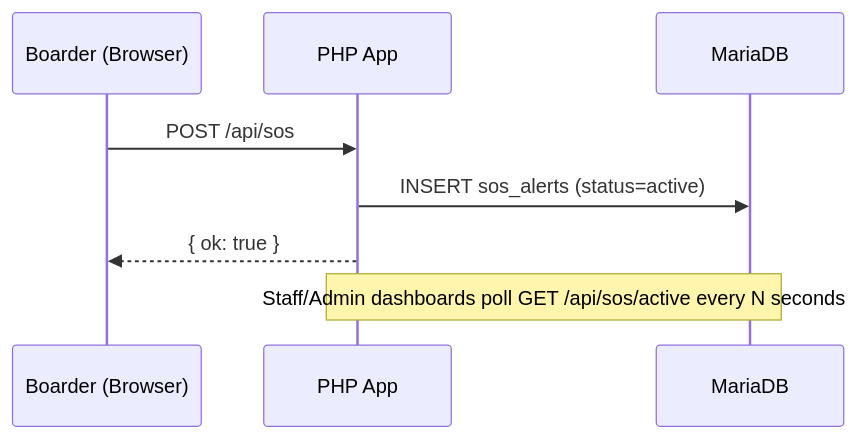
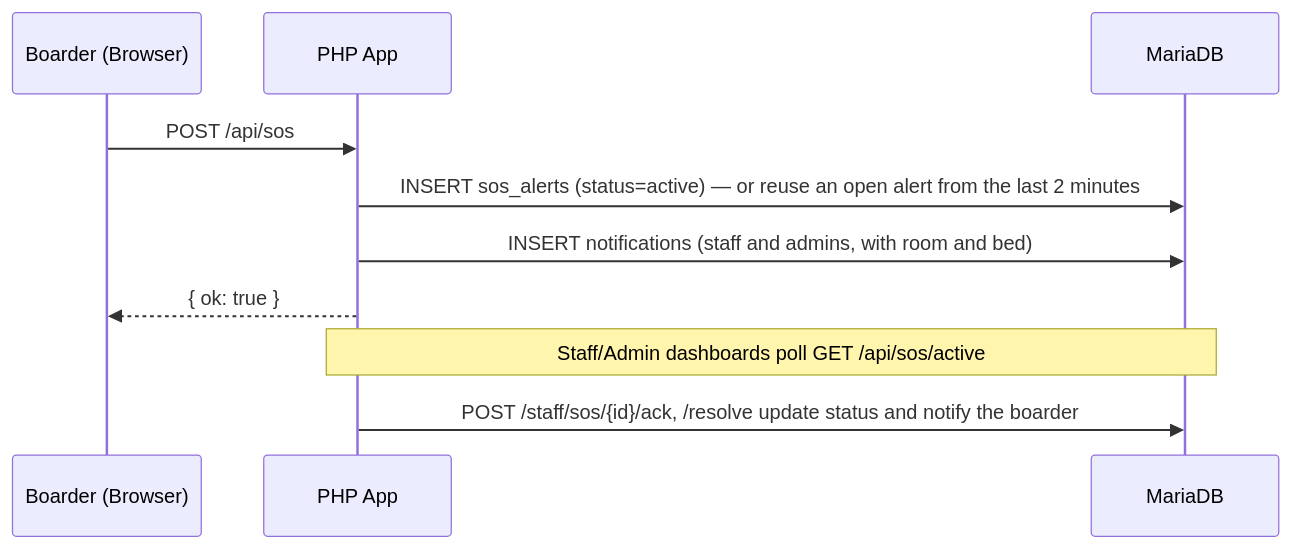
One commit to Kierbz123/rjm-boardinghouse-system changed the third of 7 diagrams in claude-code-project-files/ARCHITECTURE.md. Above: the diagram before and after it, drawn with Mermaid. The commit also changed other lines of this file and 107 other files, not shown here.

First line of the commit message:
WP-6/WP-10/WP-13 and staff accounts: manual payments, room types, inquiry conversion, UI icon system

````diff
--- a/claude-code-project-files/ARCHITECTURE.md
+++ b/claude-code-project-files/ARCHITECTURE.md
@@ -138,10 +105,12 @@
 ```mermaid
 sequenceDiagram
     participant B as Boarder (Browser)
     participant P as PHP App
     participant D as MariaDB
     B->>P: POST /api/sos
-    P->>D: INSERT sos_alerts (status=active)
+    P->>D: INSERT sos_alerts (status=active) — or reuse an open alert from the last 2 minutes
+    P->>D: INSERT notifications (staff and admins, with room and bed)
     P-->>B: { ok: true }
-    Note over P,D: Staff/Admin dashboards poll GET /api/sos/active every N seconds
+    Note over P,D: Staff/Admin dashboards poll GET /api/sos/active
+    P->>D: POST /staff/sos/{id}/ack, /resolve update status and notify the boarder
 ```
````
